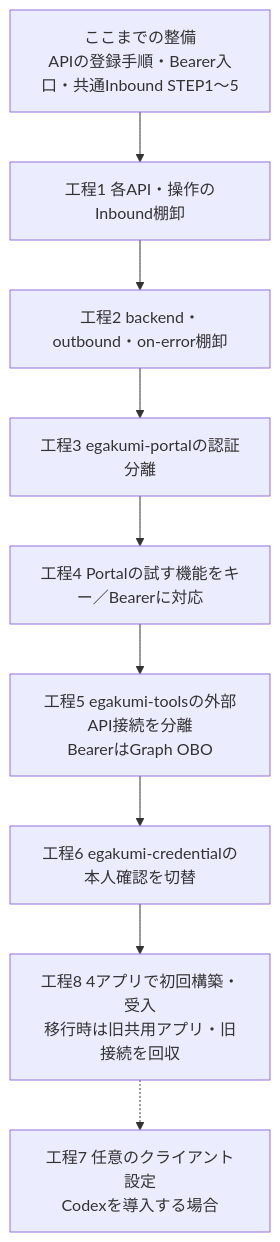
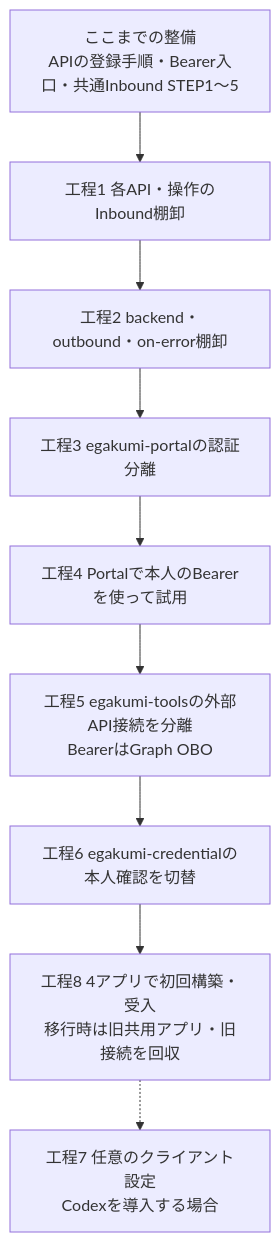
One commit to hrkd83/egakumi changed the first of 2 diagrams in docs/reference/entra-app-rollout-plan.md. Above: the diagram before and after it, drawn with Mermaid. The commit also changed other lines of this file and 476 other files, not shown here.

````diff
--- a/docs/reference/entra-app-rollout-plan.md
+++ b/docs/reference/entra-app-rollout-plan.md
@@ -46,12 +46,12 @@
 ```mermaid
 flowchart TD
   A["ここまでの整備<br/>APIの登録手順・Bearer入口・共通Inbound STEP1～5"]
   A --> B["工程1 各API・操作のInbound棚卸"]
   B --> C["工程2 backend・outbound・on-error棚卸"]
   C --> D["工程3 egakumi-portalの認証分離"]
-  D --> E["工程4 Portalの試す機能をキー／Bearerに対応"]
+  D --> E["工程4 Portalで本人のBearerを使って試用"]
   E --> F["工程5 egakumi-toolsの外部API接続を分離<br/>BearerはGraph OBO"]
   F --> G["工程6 egakumi-credentialの本人確認を切替"]
   G --> I["工程8 4アプリで初回構築・受入<br/>移行時は旧共用アプリ・旧接続を回収"]
   I -.-> H["工程7 任意のクライアント設定<br/>Codexを導入する場合"]
 ```
````
